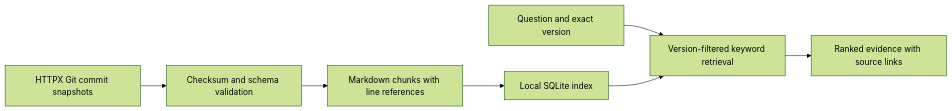
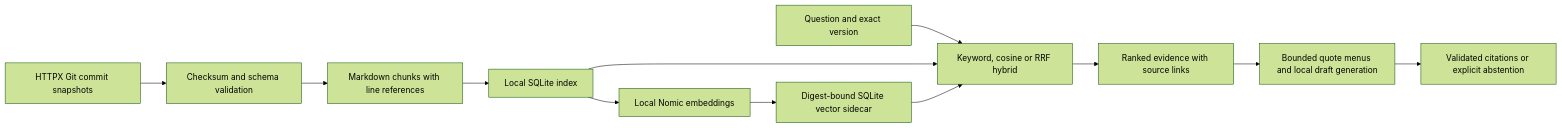
One commit to UttamBhavani007/versionlens changed the diagram in docs/ARCHITECTURE.md. Above: the diagram before and after it, drawn with Mermaid (forest theme). The commit also changed other lines of this file and 19 other files, not shown here.

Commit message:
eval: compare local retrieval and guard unsupported dense drafts

````diff
--- a/docs/ARCHITECTURE.md
+++ b/docs/ARCHITECTURE.md
@@ -5,9 +5,14 @@
 ```mermaid
 flowchart LR
     A[HTTPX Git commit snapshots] --> B[Checksum and schema validation]
     B --> C[Markdown chunks with line references]
     C --> D[Local SQLite index]
-    E[Question and exact version] --> F[Version-filtered keyword retrieval]
+    E[Question and exact version] --> F[Keyword, cosine or RRF hybrid]
     D --> F
+    D --> H[Local Nomic embeddings]
+    H --> I[Digest-bound SQLite vector sidecar]
+    I --> F
     F --> G[Ranked evidence with source links]
+    G --> J[Bounded quote menus and local draft generation]
+    J --> K[Validated citations or explicit abstention]
 ```
````
